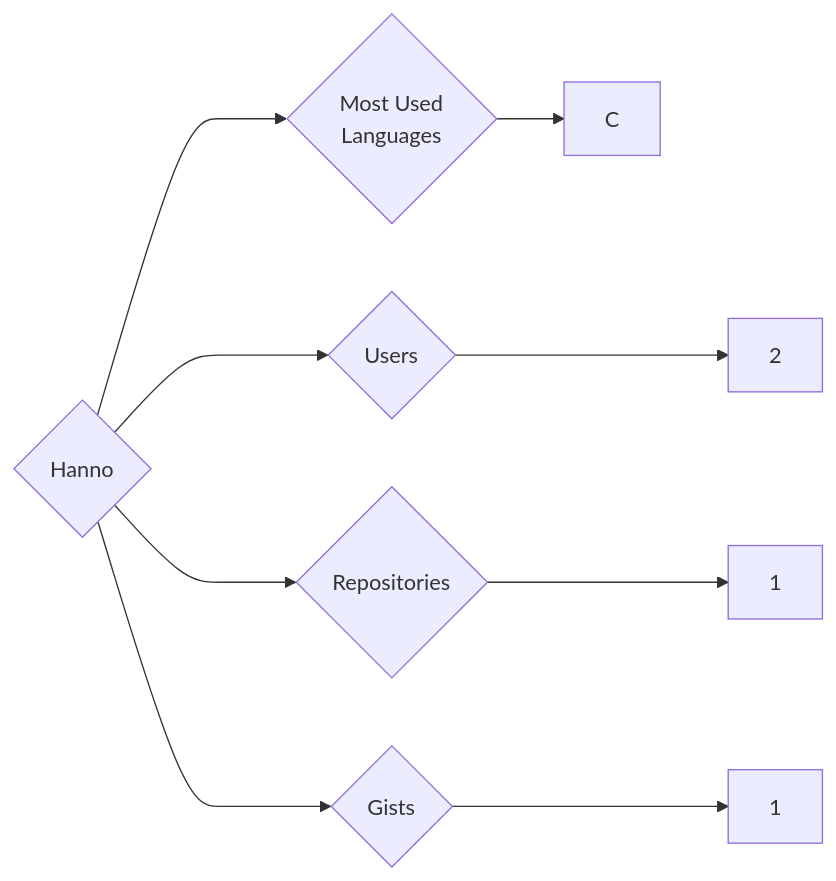
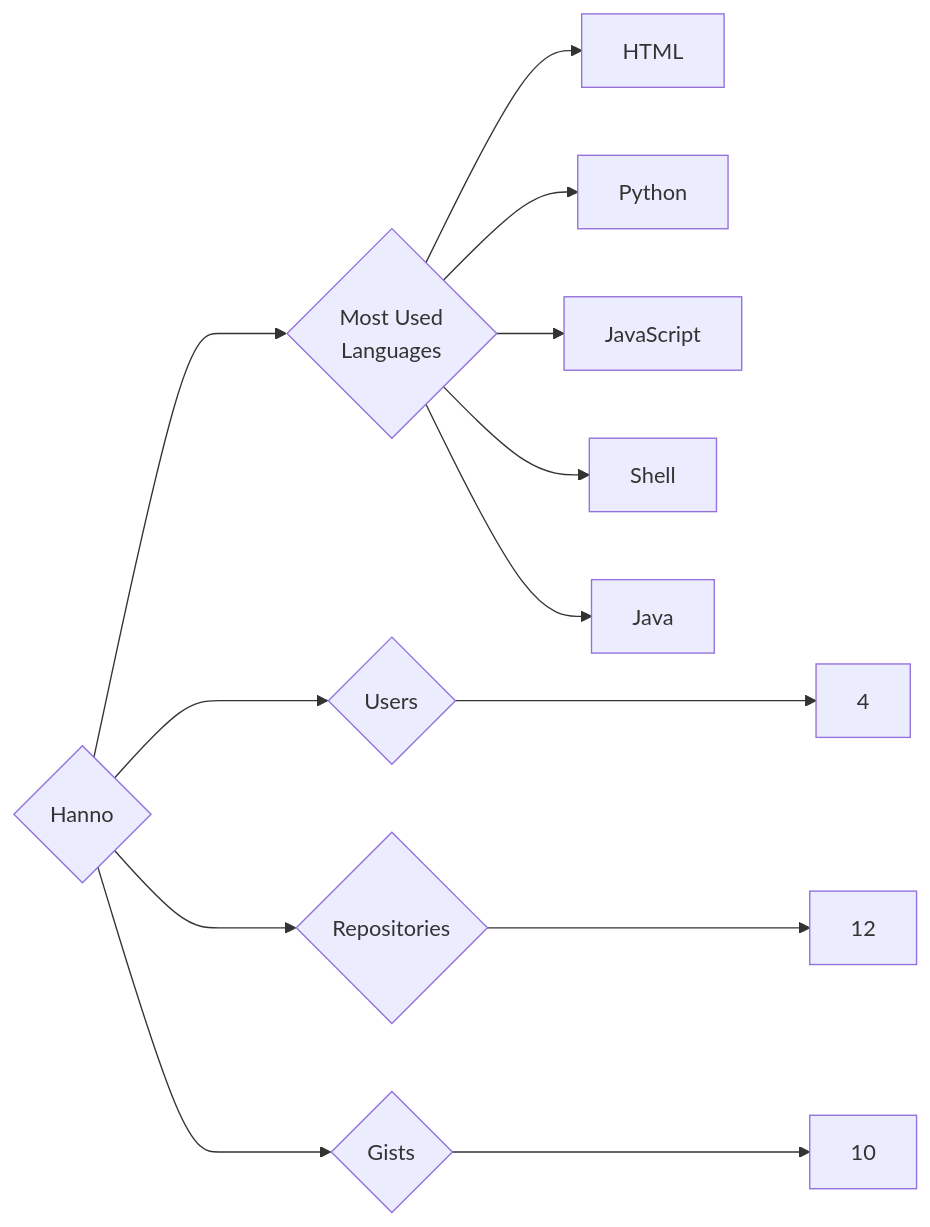
The diagram in targets/Hanno/README.md (trickest/insiders), drawn with Mermaid before and after one commit. The commit also changed 1175 other files, not shown here.

````diff
--- a/targets/Hanno/README.md
+++ b/targets/Hanno/README.md
@@ -3,9 +3,13 @@
 ```mermaid
 graph LR
 COMPANY_NAME{Hanno}
-COMPANY_NAME ---> U{Users} ---> UN[2]
-COMPANY_NAME ---> R{Repositories} ---> RN[1]
-COMPANY_NAME ---> G{Gists} ---> GN[1]
+COMPANY_NAME ---> U{Users} ---> UN[4]
+COMPANY_NAME ---> R{Repositories} ---> RN[12]
+COMPANY_NAME ---> G{Gists} ---> GN[10]
 COMPANY_NAME ---> ML{Most Used<br>Languages}
-ML --> C[C]
+ML --> HTML[HTML]
+ML --> Python[Python]
+ML --> JavaScript[JavaScript]
+ML --> Shell[Shell]
+ML --> Java[Java]
 ```
````
